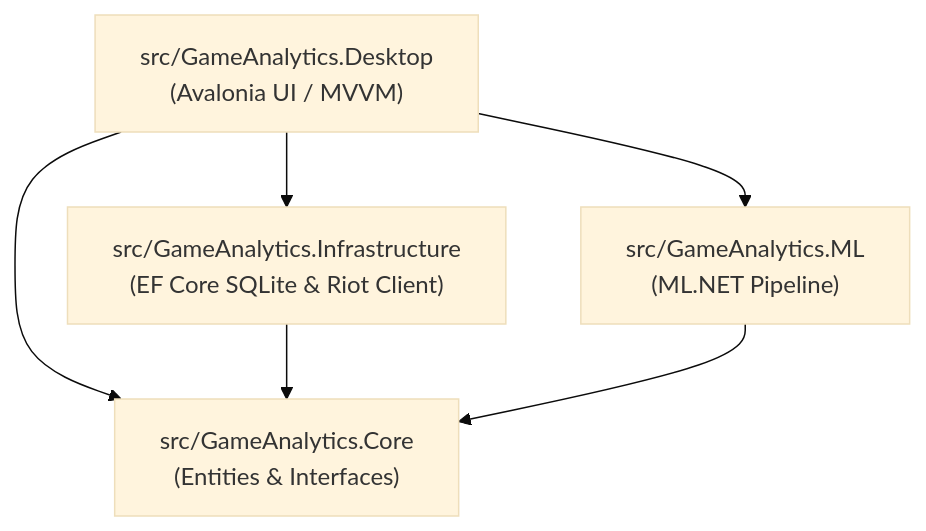
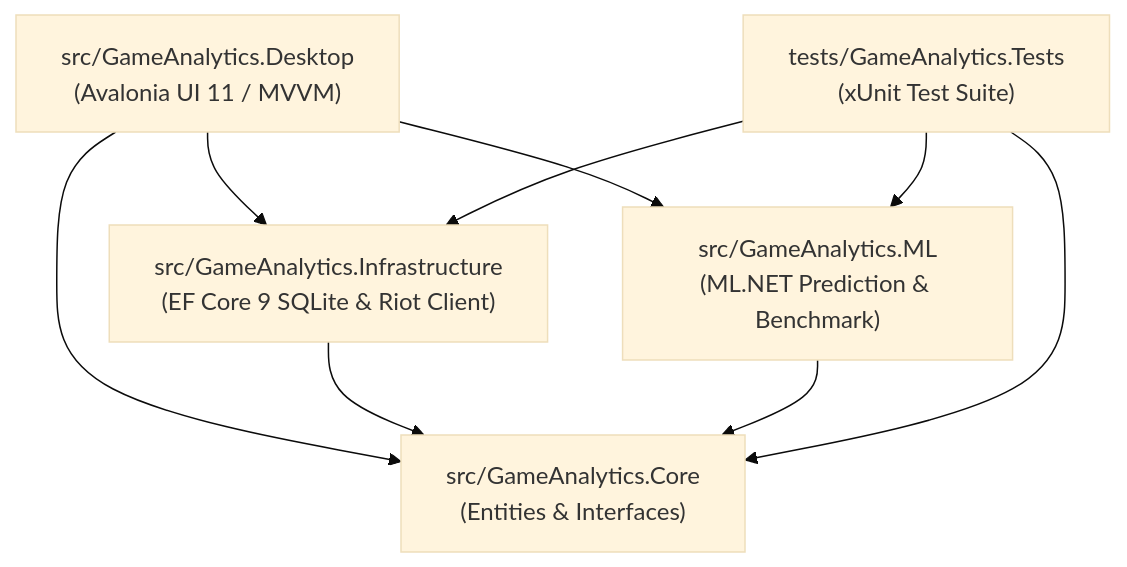
The diagram in README.md (Qu4dyz/multiplatform), drawn with Mermaid (base theme) before and after one commit. The commit also changed other lines of this file and 1 other file, not shown here.

Commit message:
ci: add GitHub Actions matrix build-and-test workflow and update docs

````diff
--- a/README.md
+++ b/README.md
@@ -60,13 +65,17 @@
 ```mermaid
 flowchart TD
-    Desktop["src/GameAnalytics.Desktop\n(Avalonia UI / MVVM)"]
+    Desktop["src/GameAnalytics.Desktop\n(Avalonia UI 11 / MVVM)"]
     Core["src/GameAnalytics.Core\n(Entities & Interfaces)"]
-    Infra["src/GameAnalytics.Infrastructure\n(EF Core SQLite & Riot Client)"]
-    ML["src/GameAnalytics.ML\n(ML.NET Pipeline)"]
+    Infra["src/GameAnalytics.Infrastructure\n(EF Core 9 SQLite & Riot Client)"]
+    ML["src/GameAnalytics.ML\n(ML.NET Prediction & Benchmark)"]
+    Tests["tests/GameAnalytics.Tests\n(xUnit Test Suite)"]
 
     Desktop --> Core
     Desktop --> Infra
     Desktop --> ML
     Infra --> Core
     ML --> Core
+    Tests --> Core
+    Tests --> Infra
+    Tests --> ML
 ```
````
